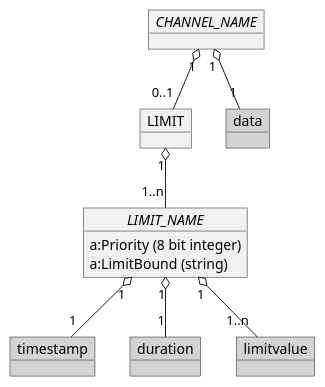
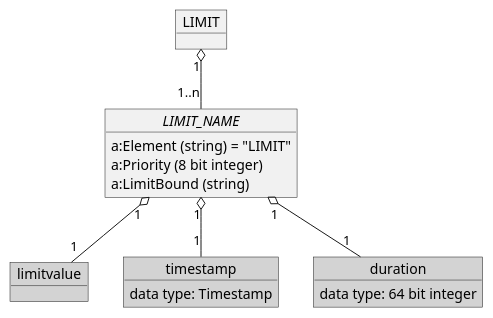
One commit to OpenRailAssociation/rcm-dx changed diagram 12 of 12 in images/RCM-DX_images.puml. Above: the diagram before and after it, drawn with PlantUML. The commit also changed other lines of this file and 22 other files, not shown here.

Commit message:
New Images for group overview and main structure added. Fixed some images and its content.

```diff
--- a/images/RCM-DX_images.puml
+++ b/images/RCM-DX_images.puml
@@ -467,24 +371,25 @@
-@startuml Limit_overview
-
+@startuml rcmdx_limit_group
   object LIMIT
 
-  object "//CHANNEL_NAME//" as channel_name
-
-  object data #LightGray
-  object timestamp #LightGray
-  object duration #LightGray
-  object limitvalue #LightGray
-
   object "//LIMIT_NAME//" as limit_name {
+    a:Element (string) = "LIMIT"
     a:Priority (8 bit integer)
     a:LimitBound (string)
   }
+  
+  object limitvalue #LightGray
+  limit_name "1" o-- "1" limitvalue
 
-  channel_name "1" o-- "1" data
-  channel_name "1" o-- "0..1" LIMIT
   LIMIT "1" o-- "1..n" limit_name
-  limit_name "1" o-- "1" timestamp
-  limit_name "1" o-- "1" duration
-  limit_name "1" o-- "1..n" limitvalue
+
+  object "timestamp" as limit_timestamp #LightGray {
+    data type: Timestamp
+  }
+  limit_name "1" o-- "1" limit_timestamp
+
+  object "duration" as limit_duration #LightGray {
+    data type: 64 bit integer
+  }
+  limit_name "1" o-- "1" limit_duration
 
 @enduml
```
